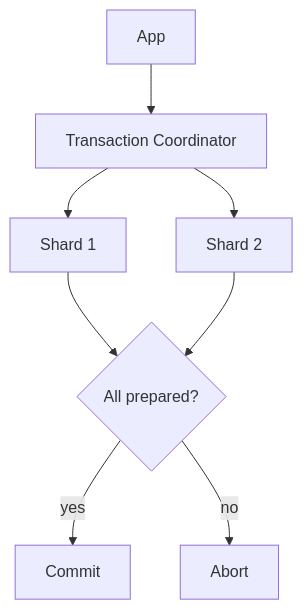
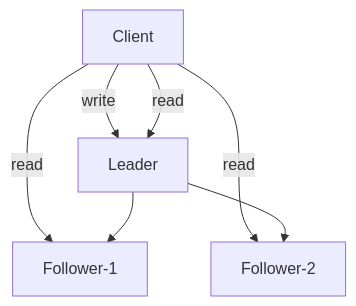
Diagram 20 of 44 in 05-distributed-databases/README.md (hareramcse/SystemDesign), drawn with Mermaid before and after one commit. The commit also changed other lines of this file, not shown here.

````diff
--- a/05-distributed-databases/README.md
+++ b/05-distributed-databases/README.md
@@ -1536,10 +2263,9 @@
 ```mermaid
 flowchart TB
-    App --> TC[Transaction Coordinator]
-    TC --> S1[Shard 1]
-    TC --> S2[Shard 2]
-    S1 --> Decision{All prepared?}
-    S2 --> Decision
-    Decision -->|yes| Commit
-    Decision -->|no| Abort
+    Client[Client] -->|write| Leader[Leader]
+    Client -->|read| Leader
+    Client -->|read| F1[Follower-1]
+    Client -->|read| F2[Follower-2]
+    Leader --> F1
+    Leader --> F2
 ```
````
